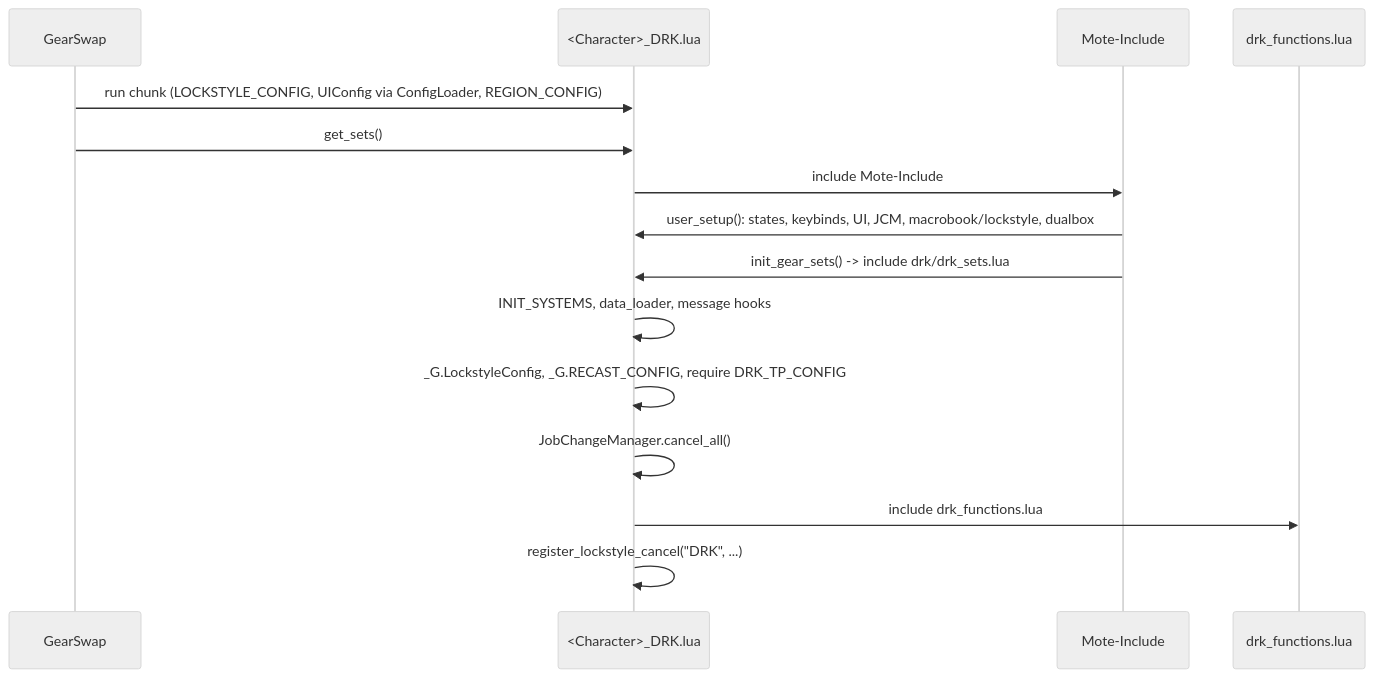
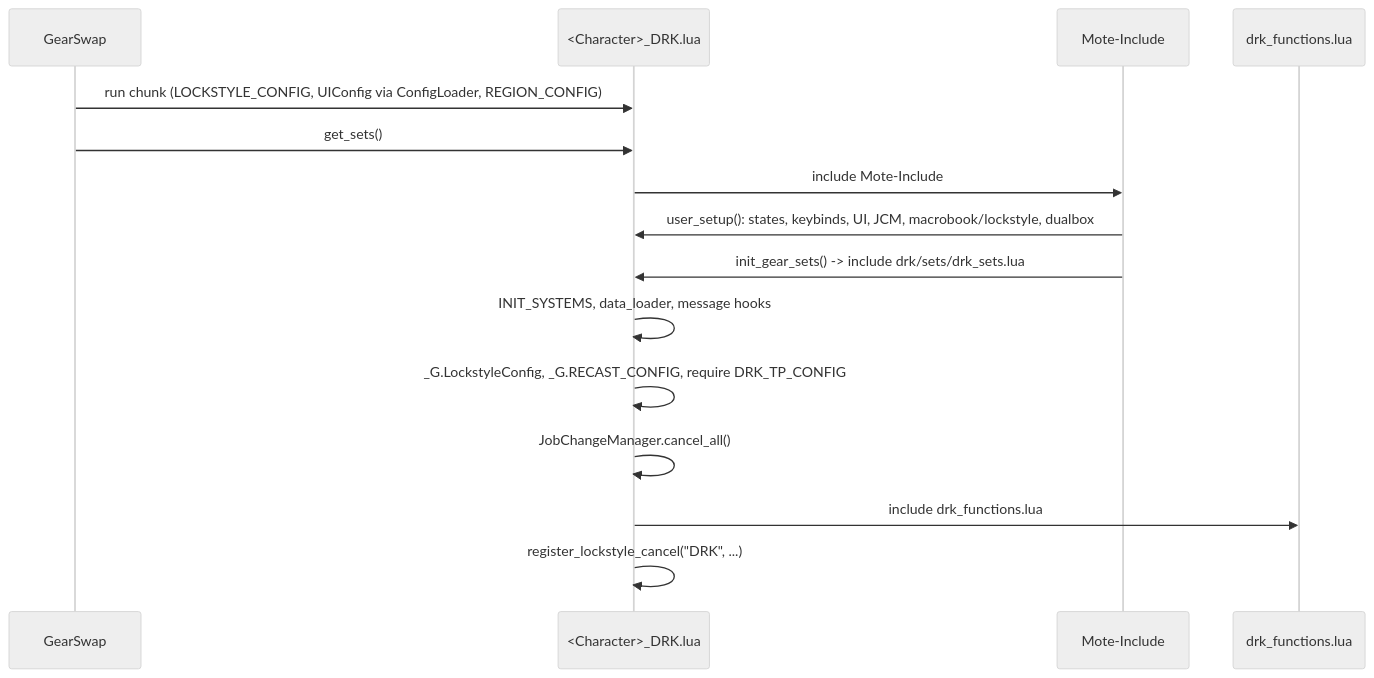
Before and after one commit to ejouanchicot/Gearswap: the first of 3 diagrams in docs/dev/jobs/drk.md, drawn with Mermaid (neutral theme). The commit also changed 32 other files, not shown here.

First line of the commit message:
feat(layout): gear in a sets/ folder, apart from the settings

````diff
--- a/docs/dev/jobs/drk.md
+++ b/docs/dev/jobs/drk.md
@@ -69,17 +69,17 @@
 ```mermaid
 sequenceDiagram
     participant GS as GearSwap
     participant E as <Character>_DRK.lua
     participant M as Mote-Include
     participant F as drk_functions.lua
     GS->>E: run chunk (LOCKSTYLE_CONFIG, UIConfig via ConfigLoader, REGION_CONFIG)
     GS->>E: get_sets()
     E->>M: include Mote-Include
     M->>E: user_setup(): states, keybinds, UI, JCM, macrobook/lockstyle, dualbox
-    M->>E: init_gear_sets() -> include drk/drk_sets.lua
+    M->>E: init_gear_sets() -> include drk/sets/drk_sets.lua
     E->>E: INIT_SYSTEMS, data_loader, message hooks
     E->>E: _G.LockstyleConfig, _G.RECAST_CONFIG, require DRK_TP_CONFIG
     E->>E: JobChangeManager.cancel_all()
     E->>F: include drk_functions.lua
     E->>E: register_lockstyle_cancel("DRK", ...)
 ```
````
